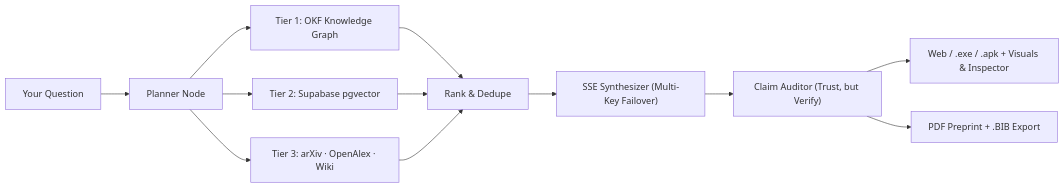
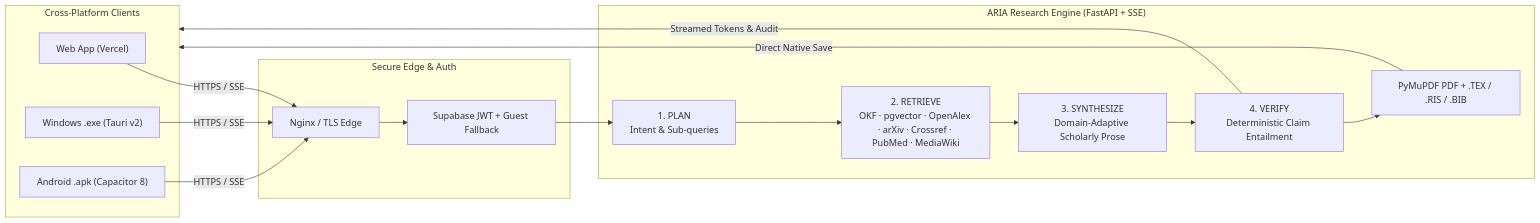
Before and after one commit to SWARAJCHATTARAJ/ARIA: the diagram in README.md, drawn with Mermaid. The commit also changed other lines of this file, not shown here.

Commit message:
docs(readme): update ARIA v2.0 documentation and verify technical accuracy

````diff
--- a/README.md
+++ b/README.md
@@ -55,14 +86,26 @@
 ```mermaid
 flowchart LR
-    Q["Your Question"] --> P["Planner Node"]
-    P --> T1["Tier 1: OKF Knowledge Graph"]
-    P --> T2["Tier 2: Supabase pgvector"]
-    P --> T3["Tier 3: arXiv · OpenAlex · Wiki"]
-    T1 --> RD["Rank & Dedupe"]
-    T2 --> RD
-    T3 --> RD
-    RD --> SYN["SSE Synthesizer (Multi-Key Failover)"]
-    SYN --> AUD["Claim Auditor (Trust, but Verify)"]
-    AUD --> OUT1["Web / .exe / .apk + Visuals & Inspector"]
-    AUD --> OUT2["PDF Preprint + .BIB Export"]
+    subgraph Client ["Cross-Platform Clients"]
+        W["Web App (Vercel)"]
+        D["Windows .exe (Tauri v2)"]
+        A["Android .apk (Capacitor 8)"]
+    end
+
+    subgraph Edge ["Secure Edge & Auth"]
+        CF["Nginx / TLS Edge"]
+        AUTH["Supabase JWT + Guest Fallback"]
+    end
+
+    subgraph Engine ["ARIA Research Engine (FastAPI + SSE)"]
+        P["1. PLAN<br/>Intent & Sub-queries"]
+        R["2. RETRIEVE<br/>OKF · pgvector · OpenAlex · arXiv · Crossref · PubMed · MediaWiki"]
+        S["3. SYNTHESIZE<br/>Domain-Adaptive Scholarly Prose"]
+        V["4. VERIFY<br/>Deterministic Claim Entailment"]
+        PDF["PyMuPDF PDF + .TEX / .RIS / .BIB"]
+    end
+
+    W & D & A -->|HTTPS / SSE| CF --> AUTH --> P
+    P --> R --> S --> V
+    V -->|Streamed Tokens & Audit| Client
+    V --> PDF -->|Direct Native Save| Client
 ```
````
